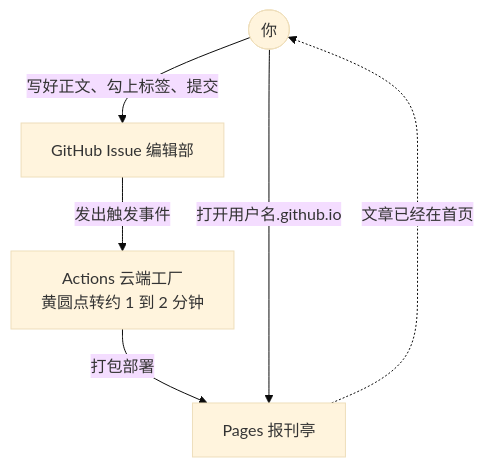
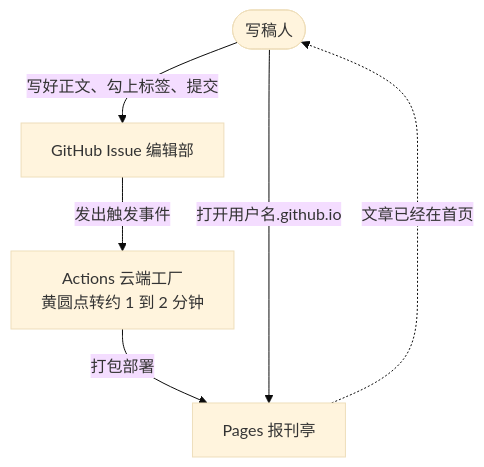
The diagram in drafts/2026年9月22日-18秒零成本个人博客.md (yeyangchen2009/draft-review), drawn with Mermaid (base theme) before and after one commit. The commit also changed other lines of this file and 8 other files, not shown here.

````diff
--- a/drafts/2026年9月22日-18秒零成本个人博客.md
+++ b/drafts/2026年9月22日-18秒零成本个人博客.md
@@ -90,8 +86,8 @@
 ```mermaid
 flowchart TD
-    Y(["你"]) -->|"写好正文、勾上标签、提交"| I["GitHub Issue 编辑部"]
+    Y(["写稿人"]) -->|"写好正文、勾上标签、提交"| I["GitHub Issue 编辑部"]
     I -->|"发出触发事件"| A["Actions 云端工厂<br/>黄圆点转约 1 到 2 分钟"]
     A -->|"打包部署"| P["Pages 报刊亭"]
     Y -->|"打开用户名.github.io"| P
     P -. "文章已经在首页" .-> Y
 ```
````
